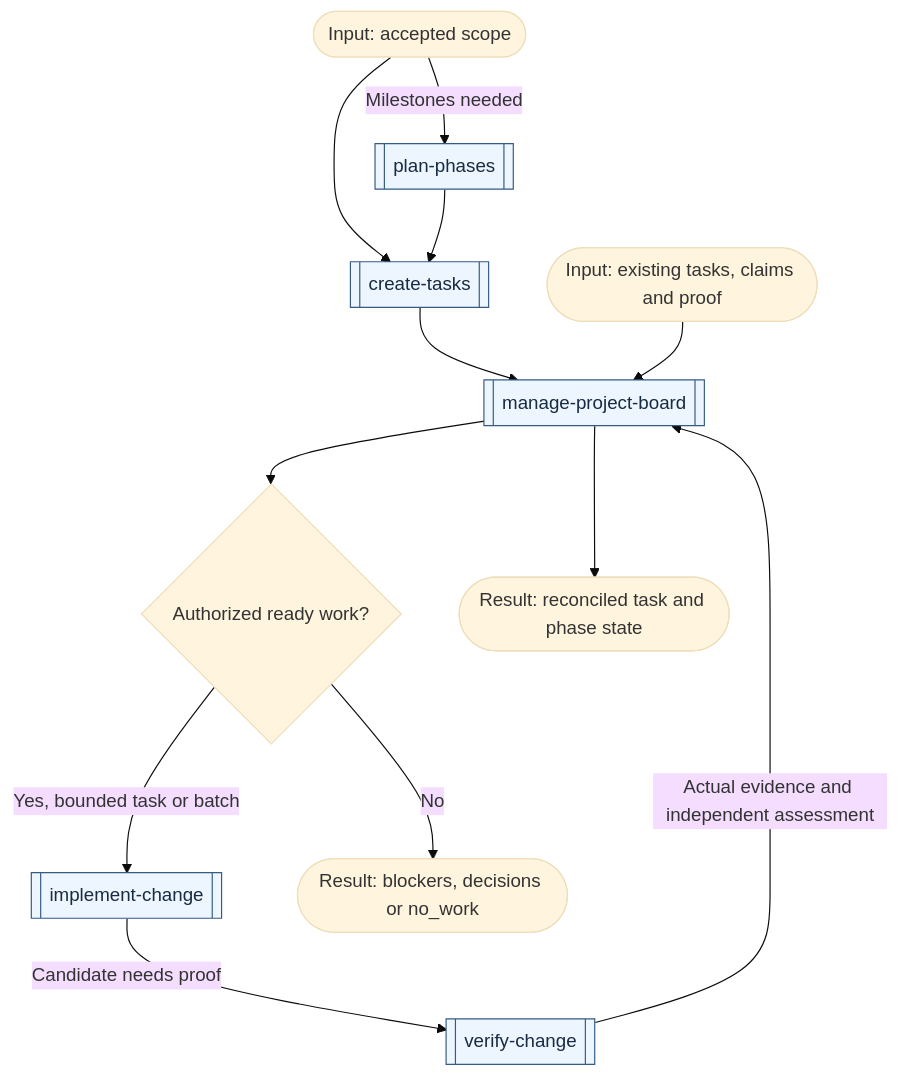
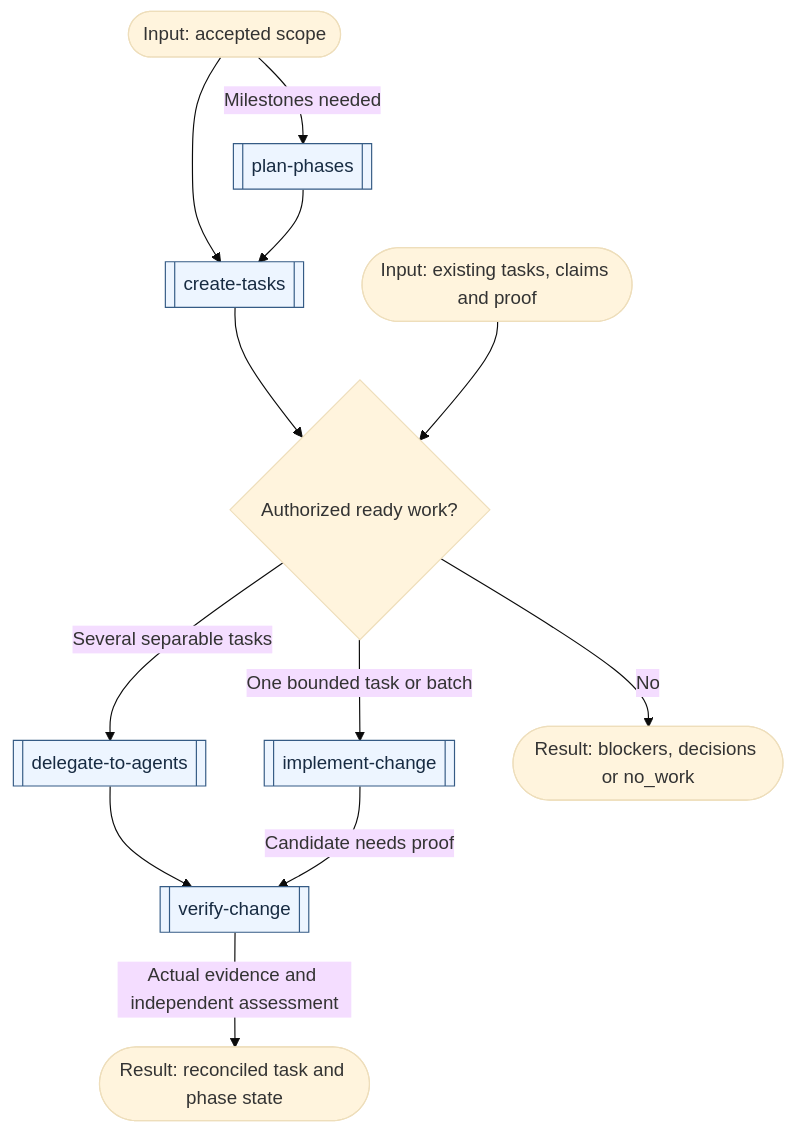
One commit to bobalazek/skills changed the diagram in docs/workflows/productivity.md. Above: the diagram before and after it, drawn with Mermaid (base theme). The commit also changed other lines of this file and 175 other files, not shown here.

````diff
--- a/docs/workflows/productivity.md
+++ b/docs/workflows/productivity.md
@@ -46,16 +40,16 @@
 ```mermaid
 flowchart TD
   Scope(["Input: accepted scope"]) --> Tasks[["create-tasks"]]
   Scope -->|Milestones needed| Phases[["plan-phases"]]
   Phases --> Tasks
-  Tasks --> Board[["manage-project-board"]]
-  Existing(["Input: existing tasks, claims and proof"]) --> Board
-  Board --> Ready{"Authorized ready work?"}
-  Ready -->|Yes, bounded task or batch| Build[["implement-change"]]
+  Tasks --> Ready{"Authorized ready work?"}
+  Existing(["Input: existing tasks, claims and proof"]) --> Ready
+  Ready -->|Several separable tasks| Delegate[["delegate-to-agents"]]
+  Ready -->|One bounded task or batch| Build[["implement-change"]]
   Ready -->|No| Gap(["Result: blockers, decisions or no_work"])
-  Build -->|Candidate needs proof| Verify[["verify-change"]]
-  Verify -->|Actual evidence and independent assessment| Board
-  Board --> State(["Result: reconciled task and phase state"])
+  Delegate --> Verify[["verify-change"]]
+  Build -->|Candidate needs proof| Verify
+  Verify -->|Actual evidence and independent assessment| State(["Result: reconciled task and phase state"])
   classDef skill fill:#edf5ff,stroke:#355b85,color:#172b42;
-  class Tasks,Phases,Board,Build,Verify skill;
+  class Tasks,Phases,Delegate,Build,Verify skill;
 ```
````
